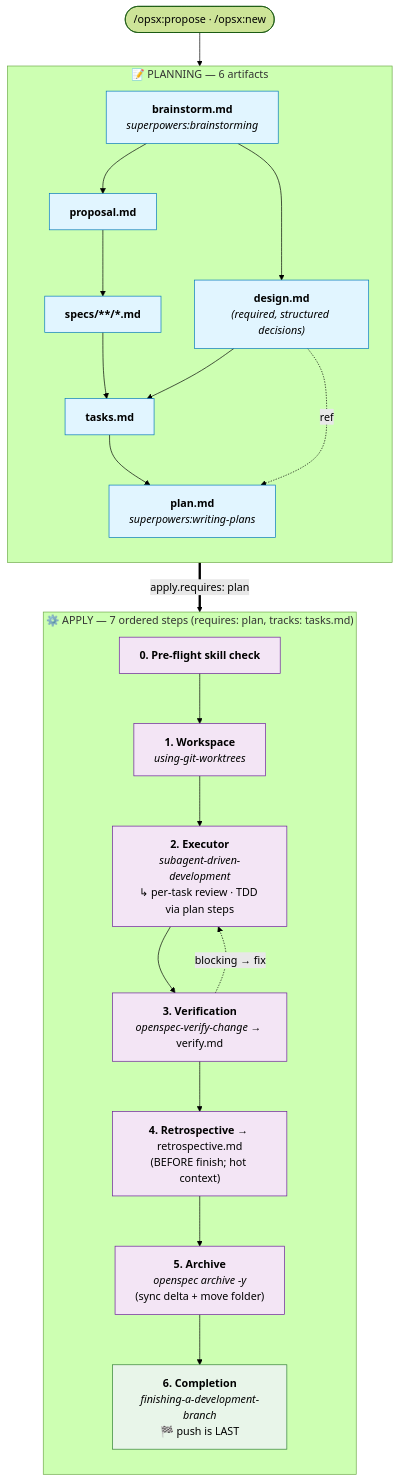
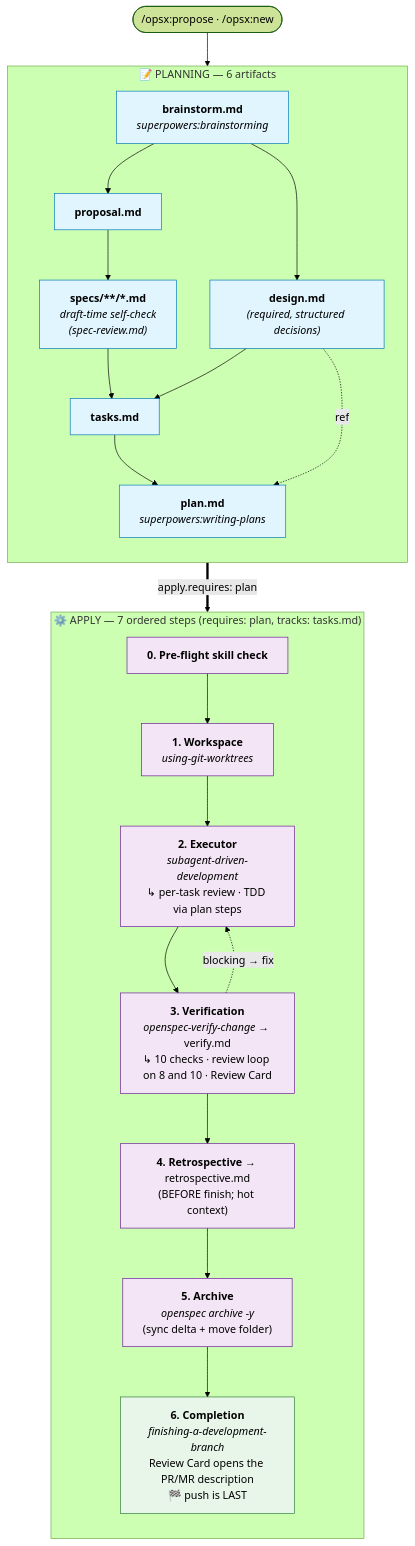
The diagram in superpowers-bridge/README.md (AdrianTheopold/openspec-schemas), drawn with Mermaid (forest theme) before and after one commit. The commit also changed other lines of this file and 4 other files, not shown here.

````diff
--- a/superpowers-bridge/README.md
+++ b/superpowers-bridge/README.md
@@ -222,48 +223,48 @@
 ```mermaid
 flowchart TD
     Start([/opsx:propose · /opsx:new])
 
     subgraph Plan ["📝 PLANNING — 6 artifacts"]
         direction TB
         BS["<b>brainstorm.md</b><br/><i>superpowers:brainstorming</i>"]
         PROP["<b>proposal.md</b>"]
         DES["<b>design.md</b><br/><i>(required, structured decisions)</i>"]
-        SP["<b>specs/**/*.md</b>"]
+        SP["<b>specs/**/*.md</b><br/><i>draft-time self-check<br/>(spec-review.md)</i>"]
         TK["<b>tasks.md</b>"]
         PL["<b>plan.md</b><br/><i>superpowers:writing-plans</i>"]
 
         BS --> PROP
         BS --> DES
         PROP --> SP
         SP --> TK
         DES --> TK
         TK --> PL
         DES -. ref .-> PL
     end
 
     subgraph Apply ["⚙️ APPLY — 7 ordered steps (requires: plan, tracks: tasks.md)"]
         direction TB
         A0["<b>0. Pre-flight skill check</b>"]
         A1["<b>1. Workspace</b><br/><i>using-git-worktrees</i>"]
         A2["<b>2. Executor</b><br/><i>subagent-driven-development</i><br/>↳ per-task review · TDD via plan steps"]
-        A3["<b>3. Verification</b><br/><i>openspec-verify-change</i> → verify.md"]
+        A3["<b>3. Verification</b><br/><i>openspec-verify-change</i> → verify.md<br/>↳ 10 checks · review loop on 8 and 10 · Review Card"]
         A4["<b>4. Retrospective</b> → retrospective.md<br/>(BEFORE finish; hot context)"]
         A5["<b>5. Archive</b><br/><i>openspec archive -y</i><br/>(sync delta + move folder)"]
-        A6["<b>6. Completion</b><br/><i>finishing-a-development-branch</i><br/>🏁 push is LAST"]
+        A6["<b>6. Completion</b><br/><i>finishing-a-development-branch</i><br/>Review Card opens the PR/MR description<br/>🏁 push is LAST"]
 
         A0 --> A1 --> A2 --> A3
         A3 -. blocking → fix .-> A2
         A3 --> A4 --> A5 --> A6
     end
 
     Start --> BS
     PL ==>|apply.requires: plan| A0
 
     classDef artifact fill:#e1f5ff,stroke:#0277bd,color:#000
     classDef step fill:#f3e5f5,stroke:#6a1b9a,color:#000
     classDef capstone fill:#e8f5e9,stroke:#2e7d32,color:#000
 
     class BS,PROP,DES,SP,TK,PL artifact
     class A0,A1,A2,A3,A4,A5 step
     class A6 capstone
 ```
````
